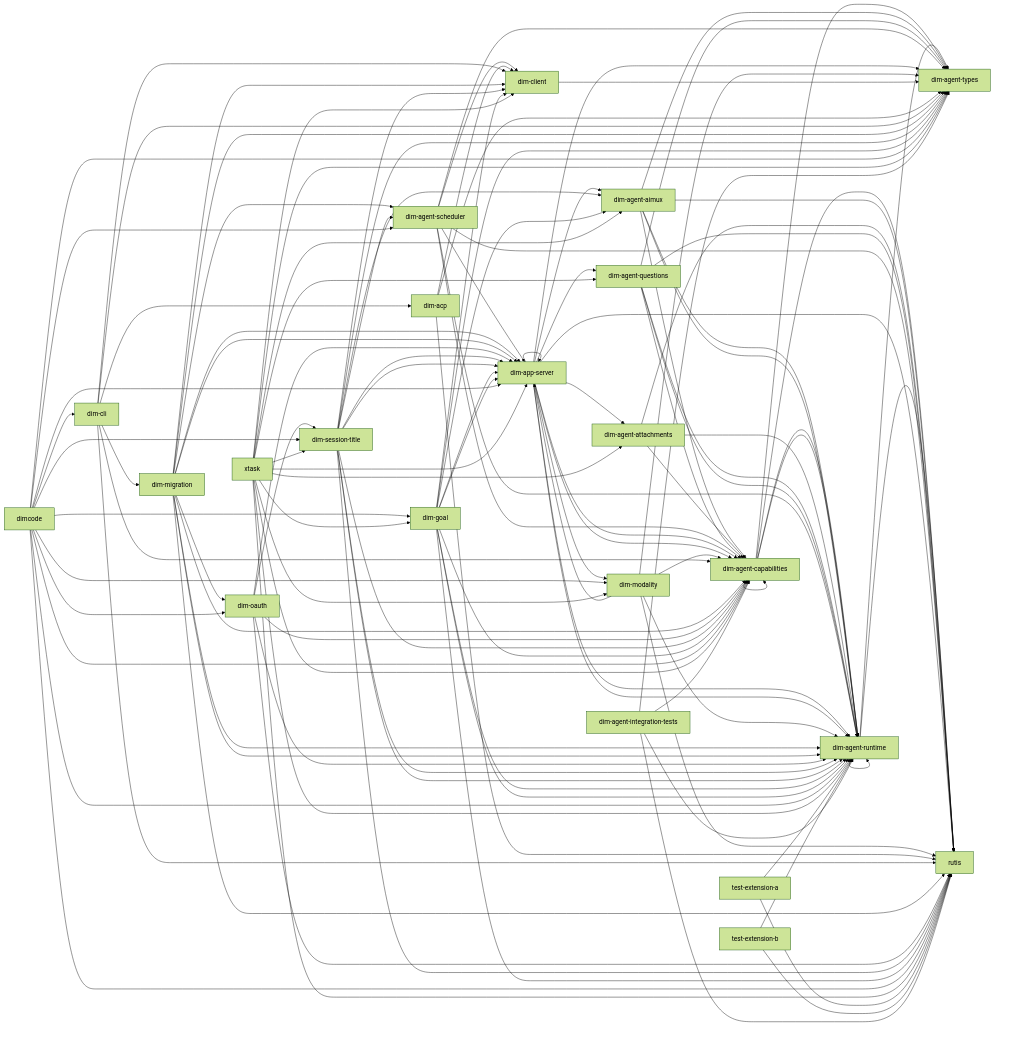
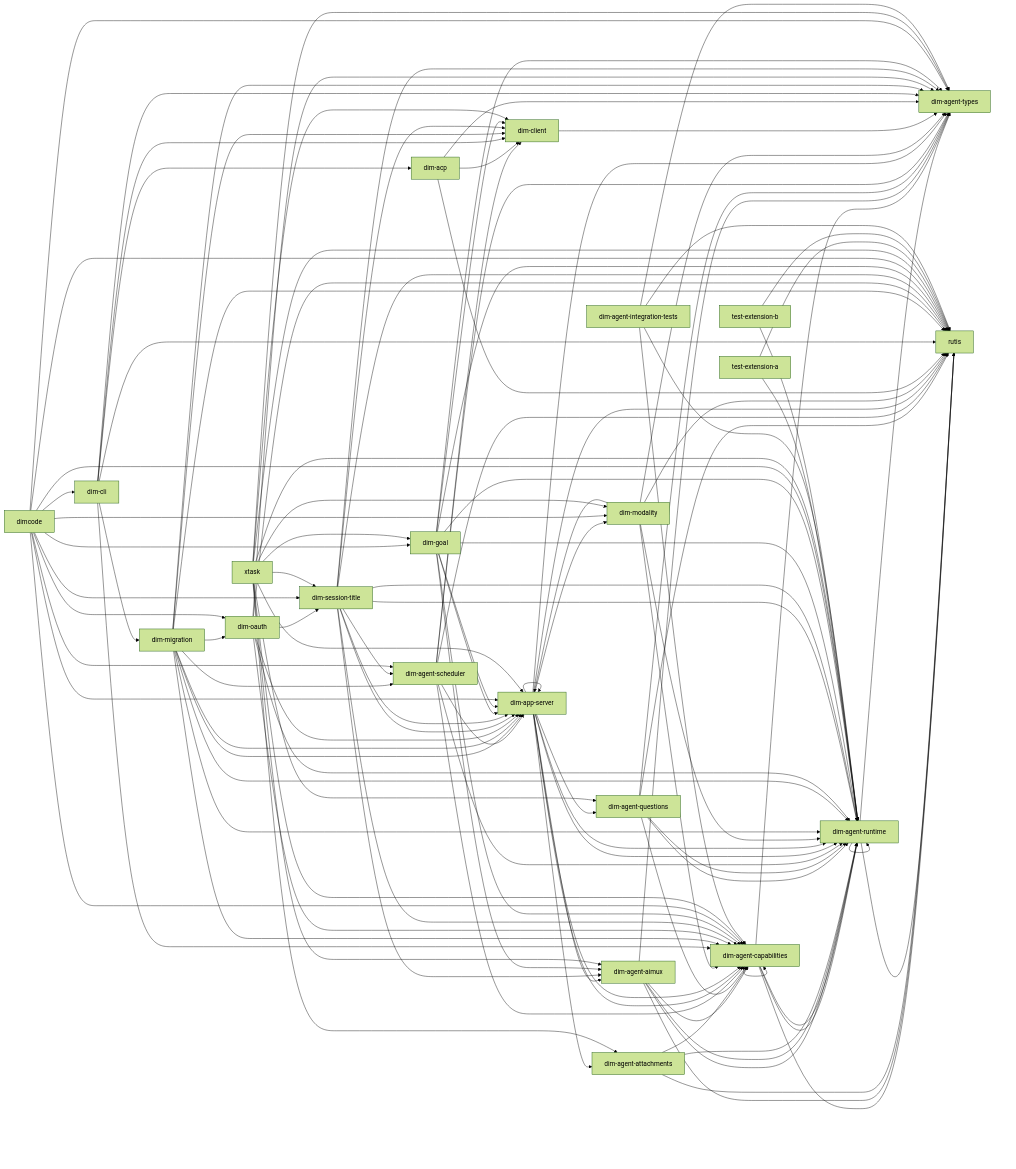
One commit to CoutinhoTTS/dim-agent changed the diagram in docs/architecture/rust-agent/generated/crates.mmd. Above: the diagram before and after it, drawn with Mermaid (forest theme). The commit also changed 11 other files, not shown here.

```diff
--- a/docs/architecture/rust-agent/generated/crates.mmd
+++ b/docs/architecture/rust-agent/generated/crates.mmd
@@ -1,120 +1,121 @@
 %% Generated from cargo metadata; do not edit.
 flowchart LR
   dim_agent_runtime["dim-agent-runtime"] --> dim_agent_types["dim-agent-types"]
   dim_agent_runtime["dim-agent-runtime"] --> rutis["rutis"]
   dim_agent_runtime["dim-agent-runtime"] --> dim_agent_runtime["dim-agent-runtime"]
   dim_agent_capabilities["dim-agent-capabilities"] --> dim_agent_runtime["dim-agent-runtime"]
   dim_agent_capabilities["dim-agent-capabilities"] --> dim_agent_types["dim-agent-types"]
   dim_agent_capabilities["dim-agent-capabilities"] --> rutis["rutis"]
   dim_agent_capabilities["dim-agent-capabilities"] --> dim_agent_capabilities["dim-agent-capabilities"]
   dim_agent_capabilities["dim-agent-capabilities"] --> dim_agent_runtime["dim-agent-runtime"]
   dim_agent_aimux["dim-agent-aimux"] --> dim_agent_capabilities["dim-agent-capabilities"]
   dim_agent_aimux["dim-agent-aimux"] --> dim_agent_runtime["dim-agent-runtime"]
   dim_agent_aimux["dim-agent-aimux"] --> dim_agent_types["dim-agent-types"]
   dim_agent_aimux["dim-agent-aimux"] --> rutis["rutis"]
   dim_agent_aimux["dim-agent-aimux"] --> dim_agent_runtime["dim-agent-runtime"]
   dim_agent_attachments["dim-agent-attachments"] --> dim_agent_capabilities["dim-agent-capabilities"]
   dim_agent_attachments["dim-agent-attachments"] --> dim_agent_runtime["dim-agent-runtime"]
   dim_agent_attachments["dim-agent-attachments"] --> rutis["rutis"]
   dim_agent_questions["dim-agent-questions"] --> dim_agent_capabilities["dim-agent-capabilities"]
   dim_agent_questions["dim-agent-questions"] --> dim_agent_runtime["dim-agent-runtime"]
   dim_agent_questions["dim-agent-questions"] --> dim_agent_types["dim-agent-types"]
   dim_agent_questions["dim-agent-questions"] --> rutis["rutis"]
   dim_agent_questions["dim-agent-questions"] --> dim_agent_runtime["dim-agent-runtime"]
   dim_agent_scheduler["dim-agent-scheduler"] --> dim_agent_capabilities["dim-agent-capabilities"]
   dim_agent_scheduler["dim-agent-scheduler"] --> dim_agent_runtime["dim-agent-runtime"]
   dim_agent_scheduler["dim-agent-scheduler"] --> dim_agent_types["dim-agent-types"]
   dim_agent_scheduler["dim-agent-scheduler"] --> dim_app_server["dim-app-server"]
   dim_agent_scheduler["dim-agent-scheduler"] --> rutis["rutis"]
   dim_agent_scheduler["dim-agent-scheduler"] --> dim_client["dim-client"]
   dim_app_server["dim-app-server"] --> dim_agent_aimux["dim-agent-aimux"]
   dim_app_server["dim-app-server"] --> dim_agent_attachments["dim-agent-attachments"]
   dim_app_server["dim-app-server"] --> dim_agent_capabilities["dim-agent-capabilities"]
   dim_app_server["dim-app-server"] --> dim_agent_questions["dim-agent-questions"]
   dim_app_server["dim-app-server"] --> dim_agent_runtime["dim-agent-runtime"]
   dim_app_server["dim-app-server"] --> dim_agent_types["dim-agent-types"]
   dim_app_server["dim-app-server"] --> rutis["rutis"]
   dim_app_server["dim-app-server"] --> dim_agent_capabilities["dim-agent-capabilities"]
   dim_app_server["dim-app-server"] --> dim_agent_runtime["dim-agent-runtime"]
   dim_app_server["dim-app-server"] --> dim_app_server["dim-app-server"]
   dim_app_server["dim-app-server"] --> dim_modality["dim-modality"]
   dim_modality["dim-modality"] --> dim_agent_capabilities["dim-agent-capabilities"]
   dim_modality["dim-modality"] --> dim_agent_runtime["dim-agent-runtime"]
   dim_modality["dim-modality"] --> dim_agent_types["dim-agent-types"]
   dim_modality["dim-modality"] --> dim_app_server["dim-app-server"]
   dim_modality["dim-modality"] --> rutis["rutis"]
   dim_client["dim-client"] --> dim_agent_types["dim-agent-types"]
   dim_acp["dim-acp"] --> dim_agent_types["dim-agent-types"]
   dim_acp["dim-acp"] --> dim_client["dim-client"]
   dim_acp["dim-acp"] --> rutis["rutis"]
   dim_cli["dim-cli"] --> dim_acp["dim-acp"]
   dim_cli["dim-cli"] --> dim_agent_capabilities["dim-agent-capabilities"]
   dim_cli["dim-cli"] --> dim_agent_types["dim-agent-types"]
   dim_cli["dim-cli"] --> dim_client["dim-client"]
   dim_cli["dim-cli"] --> dim_migration["dim-migration"]
   dim_cli["dim-cli"] --> rutis["rutis"]
   dim_migration["dim-migration"] --> dim_agent_capabilities["dim-agent-capabilities"]
   dim_migration["dim-migration"] --> dim_agent_runtime["dim-agent-runtime"]
   dim_migration["dim-migration"] --> dim_agent_types["dim-agent-types"]
   dim_migration["dim-migration"] --> dim_app_server["dim-app-server"]
   dim_migration["dim-migration"] --> rutis["rutis"]
   dim_migration["dim-migration"] --> dim_agent_runtime["dim-agent-runtime"]
   dim_migration["dim-migration"] --> dim_agent_scheduler["dim-agent-scheduler"]
   dim_migration["dim-migration"] --> dim_app_server["dim-app-server"]
   dim_migration["dim-migration"] --> dim_client["dim-client"]
   dim_migration["dim-migration"] --> dim_oauth["dim-oauth"]
   dim_oauth["dim-oauth"] --> dim_agent_capabilities["dim-agent-capabilities"]
   dim_oauth["dim-oauth"] --> dim_agent_runtime["dim-agent-runtime"]
   dim_oauth["dim-oauth"] --> dim_app_server["dim-app-server"]
   dim_oauth["dim-oauth"] --> dim_session_title["dim-session-title"]
   dim_oauth["dim-oauth"] --> rutis["rutis"]
+  dim_oauth["dim-oauth"] --> dim_agent_types["dim-agent-types"]
   dim_session_title["dim-session-title"] --> dim_agent_capabilities["dim-agent-capabilities"]
   dim_session_title["dim-session-title"] --> dim_agent_runtime["dim-agent-runtime"]
   dim_session_title["dim-session-title"] --> dim_agent_types["dim-agent-types"]
   dim_session_title["dim-session-title"] --> dim_app_server["dim-app-server"]
   dim_session_title["dim-session-title"] --> rutis["rutis"]
   dim_session_title["dim-session-title"] --> dim_agent_aimux["dim-agent-aimux"]
   dim_session_title["dim-session-title"] --> dim_agent_runtime["dim-agent-runtime"]
   dim_session_title["dim-session-title"] --> dim_agent_scheduler["dim-agent-scheduler"]
   dim_session_title["dim-session-title"] --> dim_app_server["dim-app-server"]
   dim_session_title["dim-session-title"] --> dim_client["dim-client"]
   dim_goal["dim-goal"] --> dim_agent_capabilities["dim-agent-capabilities"]
   dim_goal["dim-goal"] --> dim_agent_runtime["dim-agent-runtime"]
   dim_goal["dim-goal"] --> dim_agent_types["dim-agent-types"]
   dim_goal["dim-goal"] --> dim_app_server["dim-app-server"]
   dim_goal["dim-goal"] --> rutis["rutis"]
   dim_goal["dim-goal"] --> dim_agent_aimux["dim-agent-aimux"]
   dim_goal["dim-goal"] --> dim_agent_runtime["dim-agent-runtime"]
   dim_goal["dim-goal"] --> dim_app_server["dim-app-server"]
   dim_goal["dim-goal"] --> dim_client["dim-client"]
   dimcode["dimcode"] --> dim_agent_runtime["dim-agent-runtime"]
   dimcode["dimcode"] --> dim_agent_scheduler["dim-agent-scheduler"]
   dimcode["dimcode"] --> dim_app_server["dim-app-server"]
   dimcode["dimcode"] --> dim_cli["dim-cli"]
   dimcode["dimcode"] --> dim_goal["dim-goal"]
   dimcode["dimcode"] --> dim_modality["dim-modality"]
   dimcode["dimcode"] --> dim_oauth["dim-oauth"]
   dimcode["dimcode"] --> dim_session_title["dim-session-title"]
   dimcode["dimcode"] --> dim_agent_capabilities["dim-agent-capabilities"]
   dimcode["dimcode"] --> dim_agent_types["dim-agent-types"]
   dimcode["dimcode"] --> rutis["rutis"]
   xtask["xtask"] --> dim_agent_aimux["dim-agent-aimux"]
   xtask["xtask"] --> dim_agent_attachments["dim-agent-attachments"]
   xtask["xtask"] --> dim_agent_capabilities["dim-agent-capabilities"]
   xtask["xtask"] --> dim_agent_questions["dim-agent-questions"]
   xtask["xtask"] --> dim_agent_runtime["dim-agent-runtime"]
   xtask["xtask"] --> dim_agent_types["dim-agent-types"]
   xtask["xtask"] --> dim_app_server["dim-app-server"]
   xtask["xtask"] --> dim_client["dim-client"]
   xtask["xtask"] --> dim_goal["dim-goal"]
   xtask["xtask"] --> dim_modality["dim-modality"]
   xtask["xtask"] --> dim_session_title["dim-session-title"]
   xtask["xtask"] --> rutis["rutis"]
   test_extension_a["test-extension-a"] --> dim_agent_runtime["dim-agent-runtime"]
   test_extension_a["test-extension-a"] --> rutis["rutis"]
   test_extension_b["test-extension-b"] --> dim_agent_runtime["dim-agent-runtime"]
   test_extension_b["test-extension-b"] --> rutis["rutis"]
   dim_agent_integration_tests["dim-agent-integration-tests"] --> dim_agent_capabilities["dim-agent-capabilities"]
   dim_agent_integration_tests["dim-agent-integration-tests"] --> dim_agent_runtime["dim-agent-runtime"]
   dim_agent_integration_tests["dim-agent-integration-tests"] --> dim_agent_types["dim-agent-types"]
   dim_agent_integration_tests["dim-agent-integration-tests"] --> rutis["rutis"]
```
